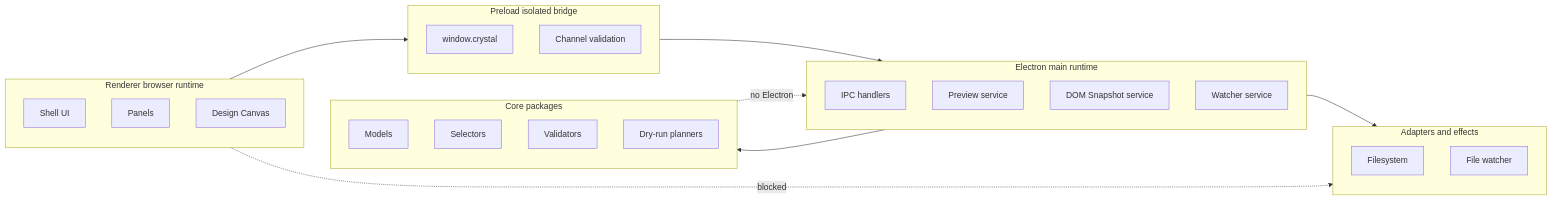
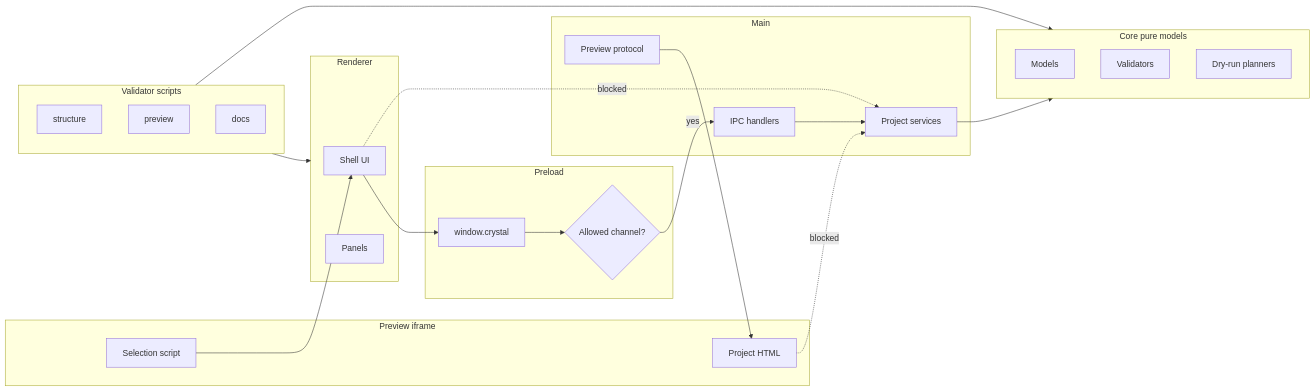
The diagram in docs/architecture/diagrams/runtime-boundaries.md (krestosa/Crystal), drawn with Mermaid before and after one commit. The commit also changed other lines of this file and 21 other files, not shown here.

Commit message:
Add richer architecture diagrams and state flows

````diff
--- a/docs/architecture/diagrams/runtime-boundaries.md
+++ b/docs/architecture/diagrams/runtime-boundaries.md
@@ -13,35 +57,44 @@
 ```mermaid
-flowchart LR
-  subgraph Renderer[Renderer browser runtime]
+graph LR
+  subgraph Renderer[Renderer]
     Shell[Shell UI]
     Panels[Panels]
-    Canvas[Design Canvas]
   end
-  subgraph Preload[Preload isolated bridge]
+
+  subgraph PreviewIframe[Preview iframe]
+    Page[Project HTML]
+    SelectionScript[Selection script]
+  end
+
+  subgraph Preload[Preload]
     CrystalAPI[window.crystal]
-    ChannelValidation[Channel validation]
+    ChannelGuard{Allowed channel?}
   end
-  subgraph Main[Electron main runtime]
+
+  subgraph Main[Main]
     IPC[IPC handlers]
-    PreviewService[Preview service]
-    DomService[DOM Snapshot service]
-    Watcher[Watcher service]
+    Services[Project services]
+    Protocol[Preview protocol]
   end
-  subgraph Core[Core packages]
+
+  subgraph Core[Core pure models]
     Models[Models]
-    Selectors[Selectors]
     Validators[Validators]
     Planners[Dry-run planners]
   end
-  subgraph Effects[Adapters and effects]
-    FS[Filesystem]
-    FileWatcher[File watcher]
+
+  subgraph Validation[Validator scripts]
+    Structure[structure]
+    PreviewChecks[preview]
+    Docs[docs]
   end
 
-  Renderer --> Preload
-  Preload --> Main
-  Main --> Core
-  Main --> Effects
-  Core -. no Electron .-> Main
-  Renderer -. blocked .-> Effects
+  Shell --> CrystalAPI --> ChannelGuard
+  ChannelGuard -->|yes| IPC --> Services --> Core
+  Protocol --> Page
+  SelectionScript --> Shell
+  Validation --> Renderer
+  Validation --> Core
+  Shell -. blocked .-> Services
+  Page -. blocked .-> Services
 ```
````
